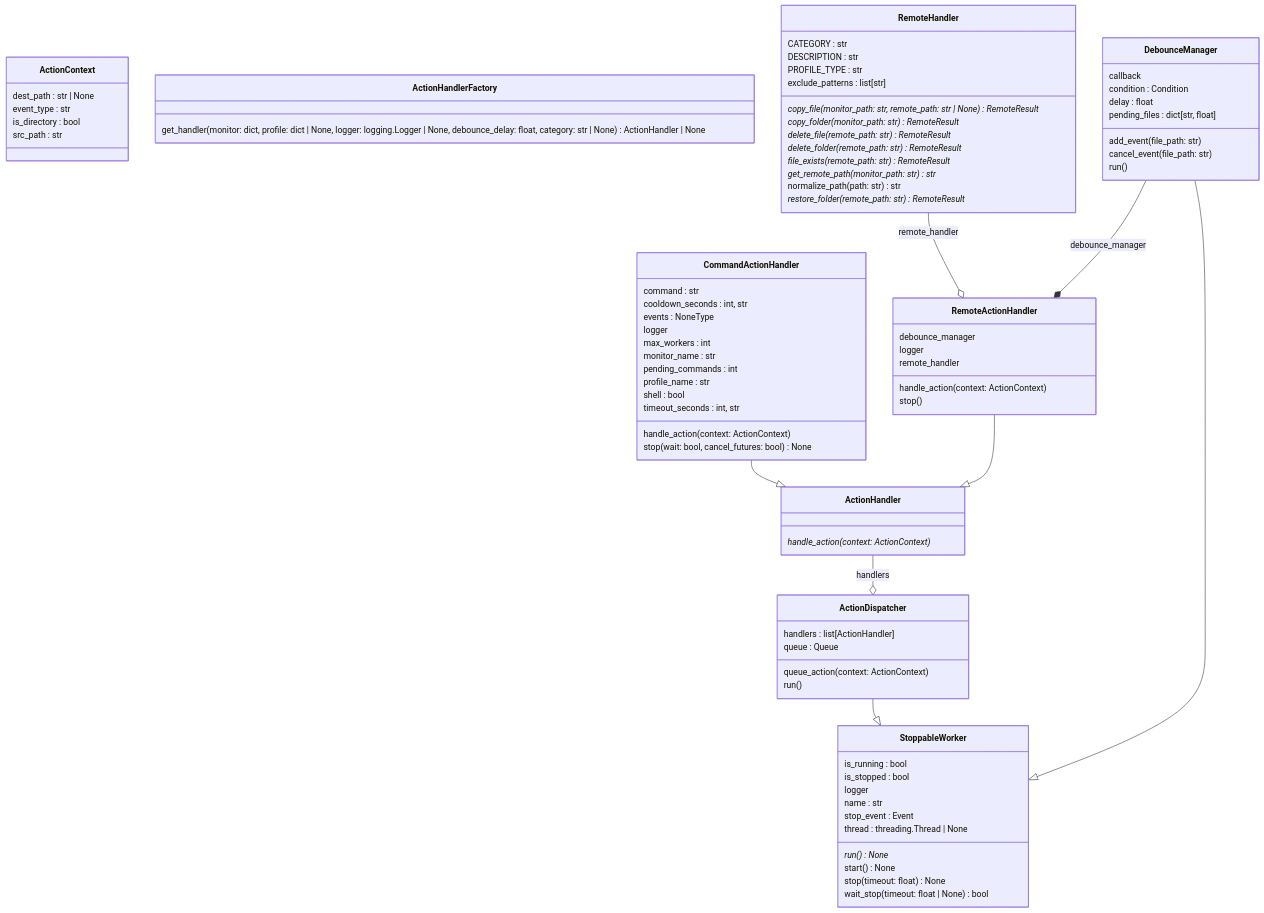
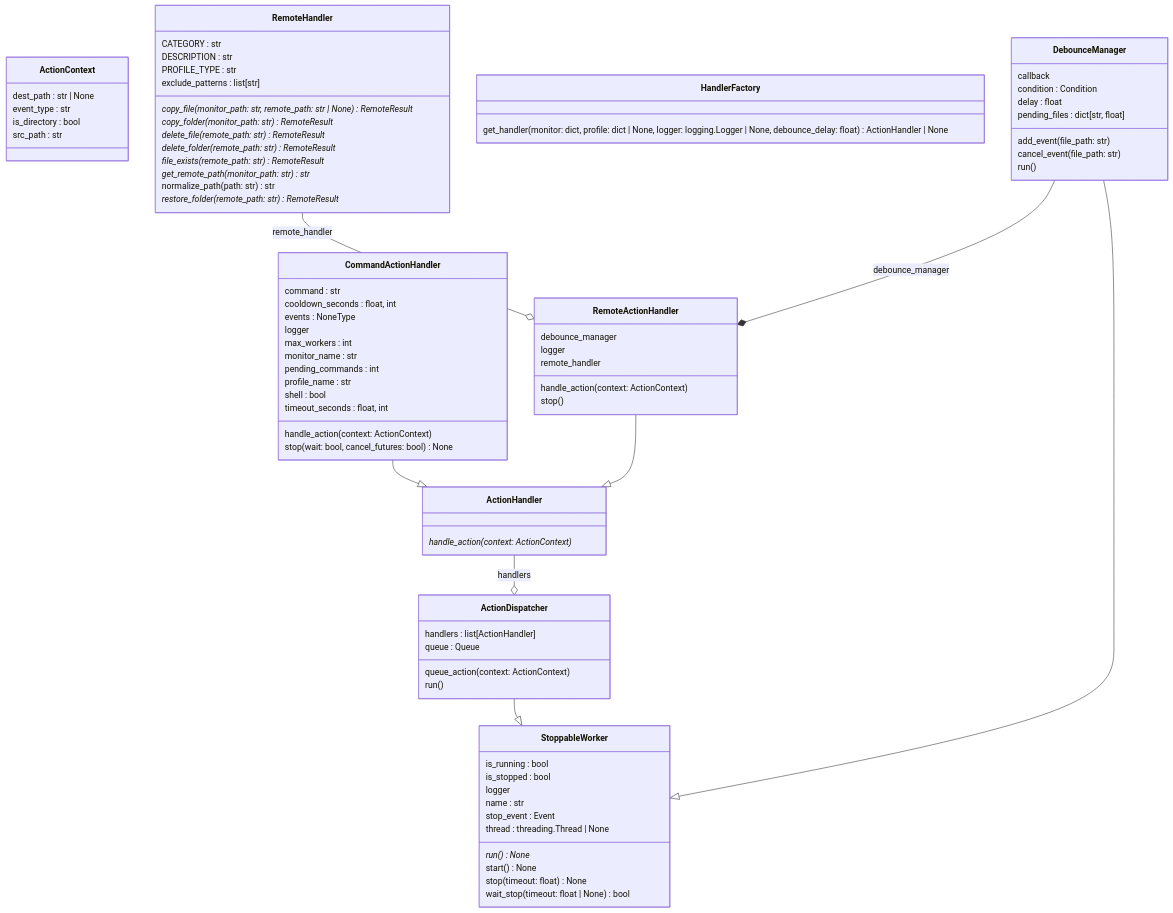
One commit to Transparent-Systems/monitorhub changed the first of 2 diagrams in ARCHITECTURE.md. Above: the diagram before and after it, drawn with Mermaid. The commit also changed 19 other files, not shown here.

First line of the commit message:
Map each profile type to a single handler via HandlerFactory

```diff
--- a/ARCHITECTURE.md
+++ b/ARCHITECTURE.md
@@ -22,12 +22,9 @@
   class ActionHandler {
     handle_action(context: ActionContext)*
   }
-  class ActionHandlerFactory {
-    get_handler(monitor: dict, profile: dict | None, logger: logging.Logger | None, debounce_delay: float, category: str | None) ActionHandler | None
-  }
   class CommandActionHandler {
     command : str
-    cooldown_seconds : int, str
+    cooldown_seconds : float, int
     events : NoneType
     logger
     max_workers : int
@@ -35,7 +32,7 @@
     pending_commands : int
     profile_name : str
     shell : bool
-    timeout_seconds : int, str
+    timeout_seconds : float, int
     handle_action(context: ActionContext)
     stop(wait: bool, cancel_futures: bool) None
   }
@@ -47,6 +44,9 @@
     add_event(file_path: str)
     cancel_event(file_path: str)
     run()
+  }
+  class HandlerFactory {
+    get_handler(monitor: dict, profile: dict | None, logger: logging.Logger | None, debounce_delay: float) ActionHandler | None
   }
   class RemoteActionHandler {
     debounce_manager
```
